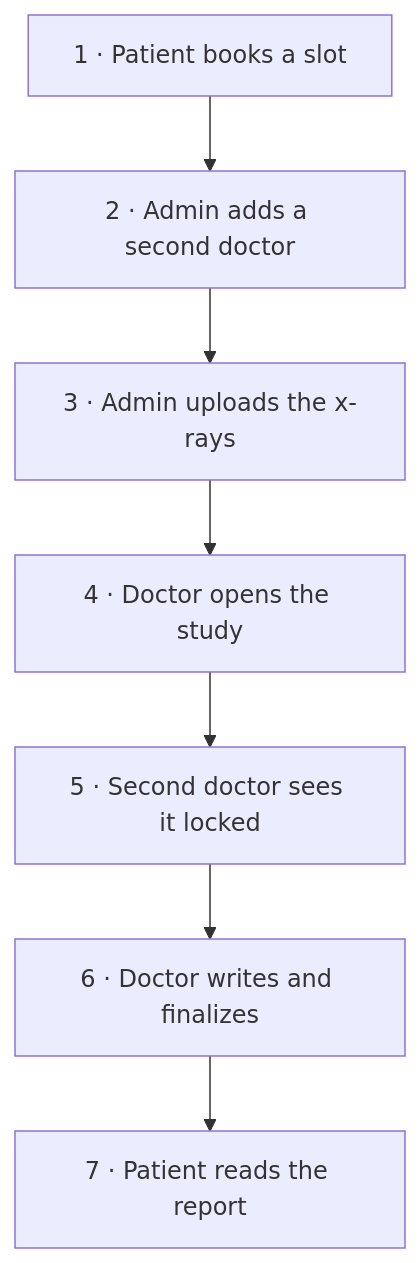
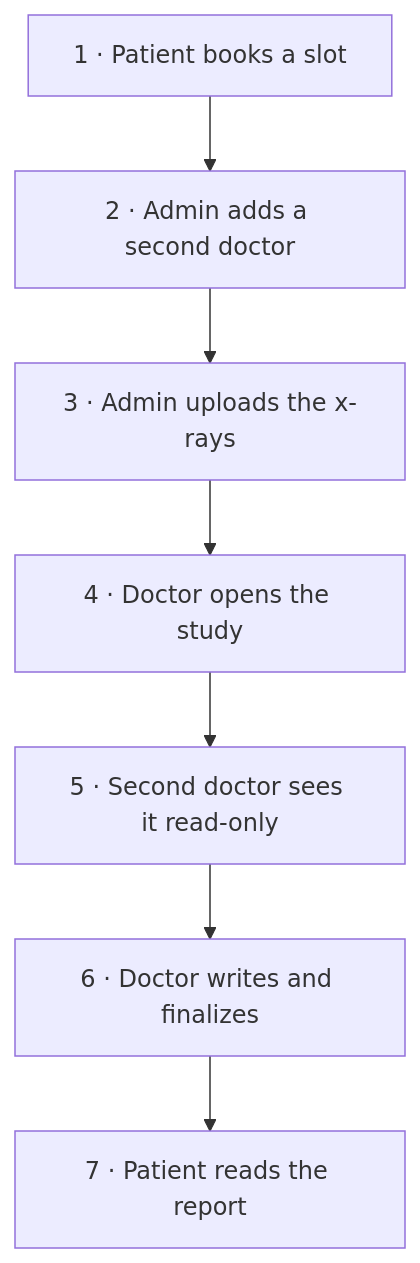
Before and after one commit to loitph/MediView: the third of 3 diagrams in README.md, drawn with Mermaid. The commit also changed other lines of this file and 39 other files, not shown here.

````diff
--- a/README.md
+++ b/README.md
@@ -148,9 +123,9 @@
 ```mermaid
 flowchart TD
     S1["1 · Patient books a slot"] --> S2["2 · Admin adds a second doctor"]
     S2 --> S3["3 · Admin uploads the x-rays"]
     S3 --> S4["4 · Doctor opens the study"]
-    S4 --> S5["5 · Second doctor sees it locked"]
+    S4 --> S5["5 · Second doctor sees it read-only"]
     S5 --> S6["6 · Doctor writes and finalizes"]
     S6 --> S7["7 · Patient reads the report"]
 ```
````
